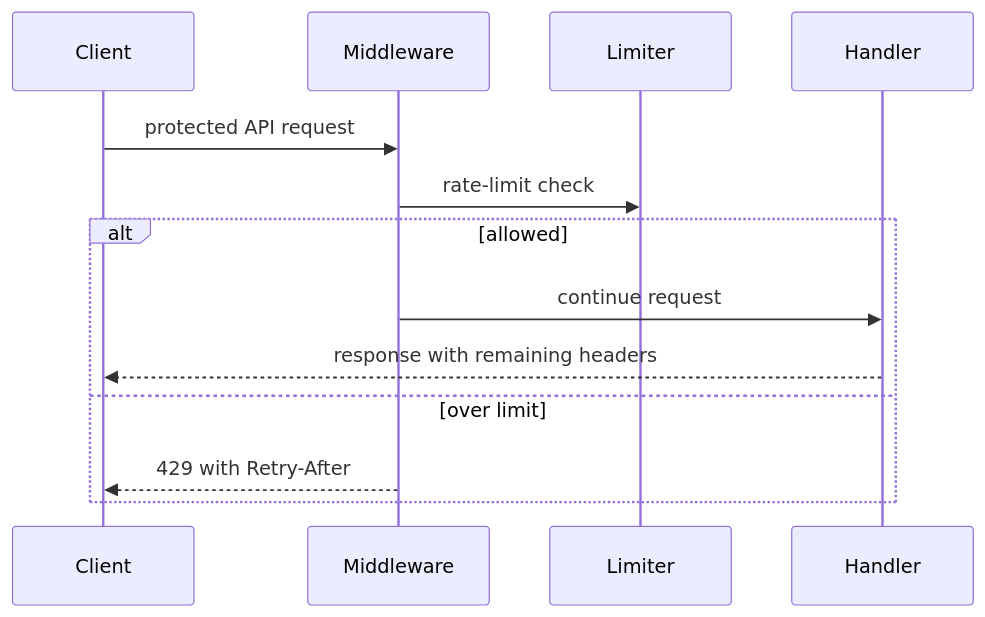
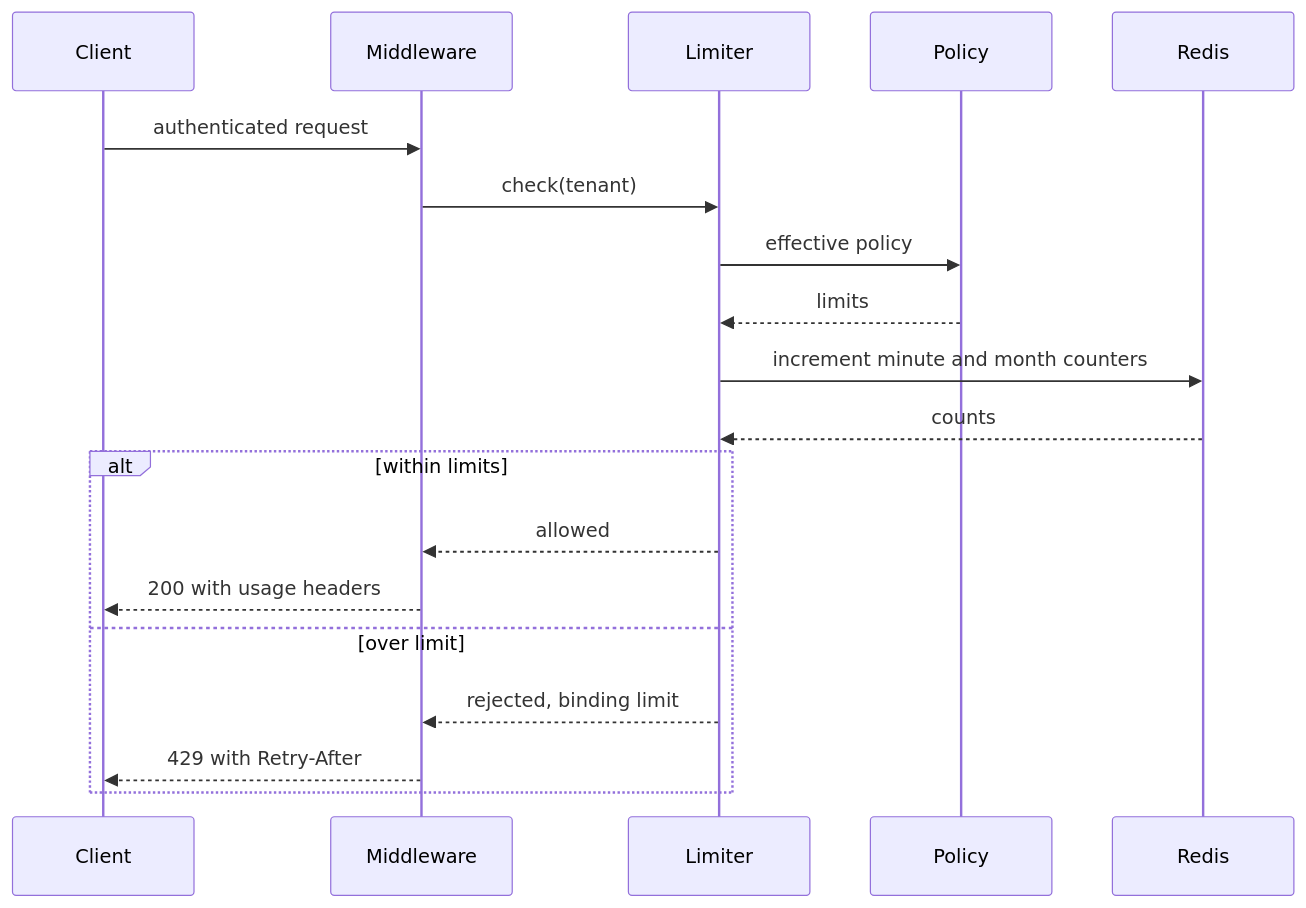
One commit to d0whc3r/spec-kit-product changed the fourth of 5 diagrams in examples/specs/001-tenant-rate-limiting/product/30-design.md. Above: the diagram before and after it, drawn with Mermaid. The commit also changed other lines of this file and 4 other files, not shown here.

First line of the commit message:
Refactor technical design and checklist for Per-Tenant API Rate Limiting feature

````diff
--- a/examples/specs/001-tenant-rate-limiting/product/30-design.md
+++ b/examples/specs/001-tenant-rate-limiting/product/30-design.md
@@ -231,15 +211,21 @@
 ```mermaid
 sequenceDiagram
     participant Client
     participant Middleware
     participant Limiter
-    participant Handler
-    Client->>Middleware: protected API request
-    Middleware->>Limiter: rate-limit check
-    alt allowed
-        Middleware->>Handler: continue request
-        Handler-->>Client: response with remaining headers
+    participant Policy
+    participant Redis
+    Client->>Middleware: authenticated request
+    Middleware->>Limiter: check(tenant)
+    Limiter->>Policy: effective policy
+    Policy-->>Limiter: limits
+    Limiter->>Redis: increment minute and month counters
+    Redis-->>Limiter: counts
+    alt within limits
+        Limiter-->>Middleware: allowed
+        Middleware-->>Client: 200 with usage headers
     else over limit
+        Limiter-->>Middleware: rejected, binding limit
         Middleware-->>Client: 429 with Retry-After
     end
 ```
````
